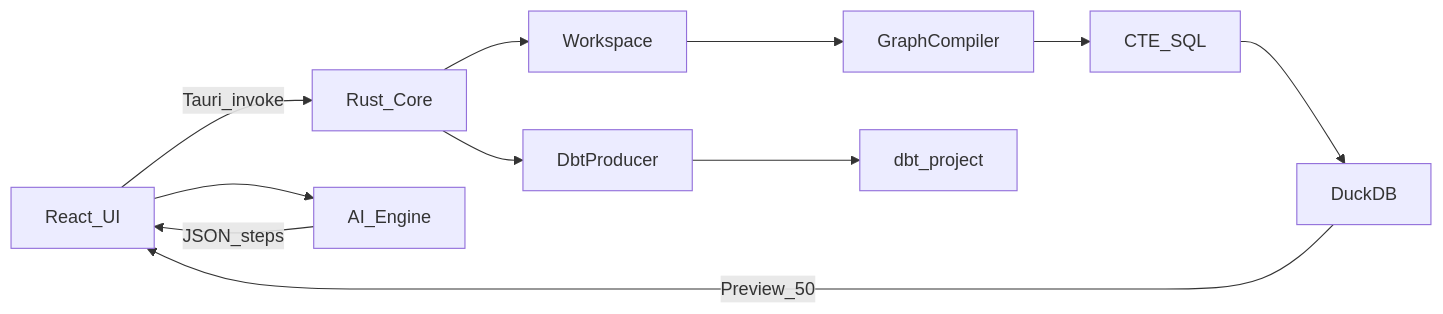
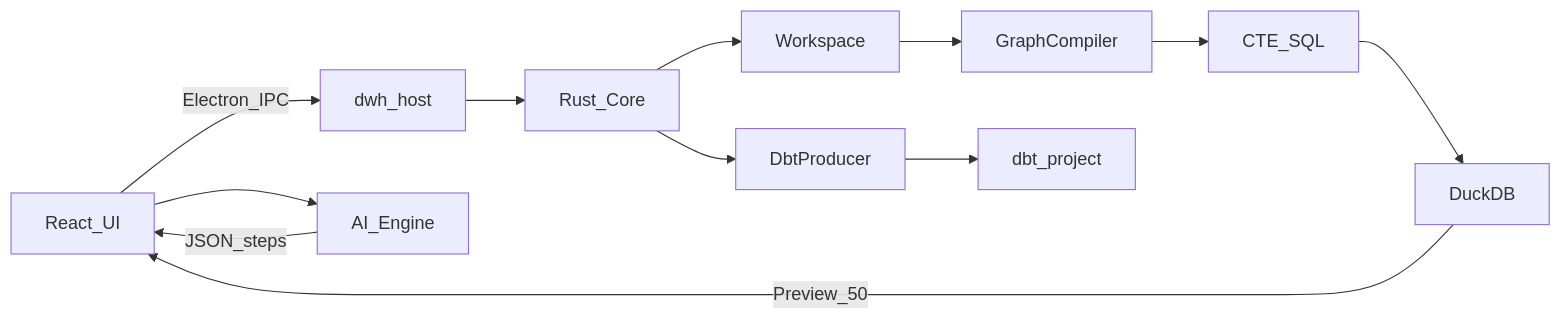
One commit to dwhforge/query changed the diagram in docs/ARCHITECTURE.md. Above: the diagram before and after it, drawn with Mermaid. The commit also changed other lines of this file and 70 other files, not shown here.

````diff
--- a/docs/ARCHITECTURE.md
+++ b/docs/ARCHITECTURE.md
@@ -5,13 +5,14 @@
 ```mermaid
 flowchart LR
-  UI[React_UI] -->|Tauri_invoke| Core[Rust_Core]
+  UI[React_UI] -->|Electron_IPC| Host[dwh_host]
+  Host --> Core[Rust_Core]
   Core --> WS[Workspace]
   WS --> Compiler[GraphCompiler]
   Compiler --> SQL[CTE_SQL]
   SQL --> Duck[DuckDB]
   Duck -->|Preview_50| UI
   Core --> Dbt[DbtProducer]
   Dbt --> Project[dbt_project]
   UI --> AI[AI_Engine]
   AI -->|JSON_steps| UI
 ```
````
